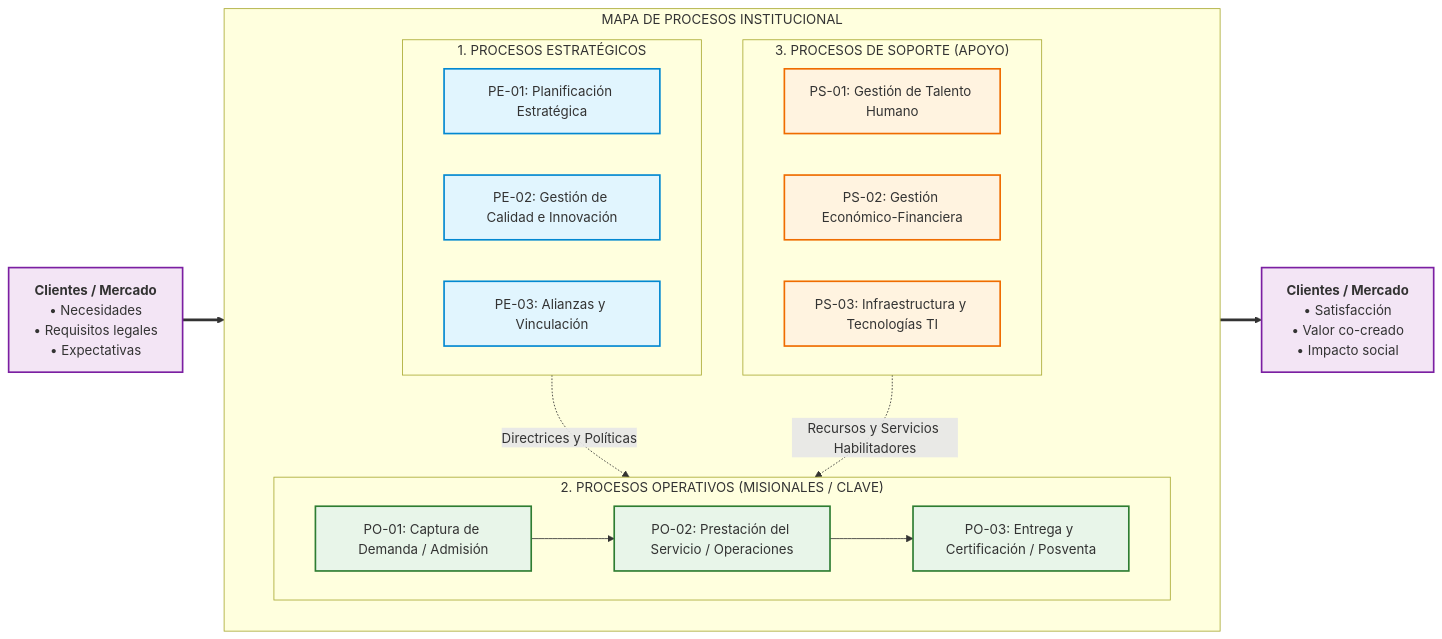
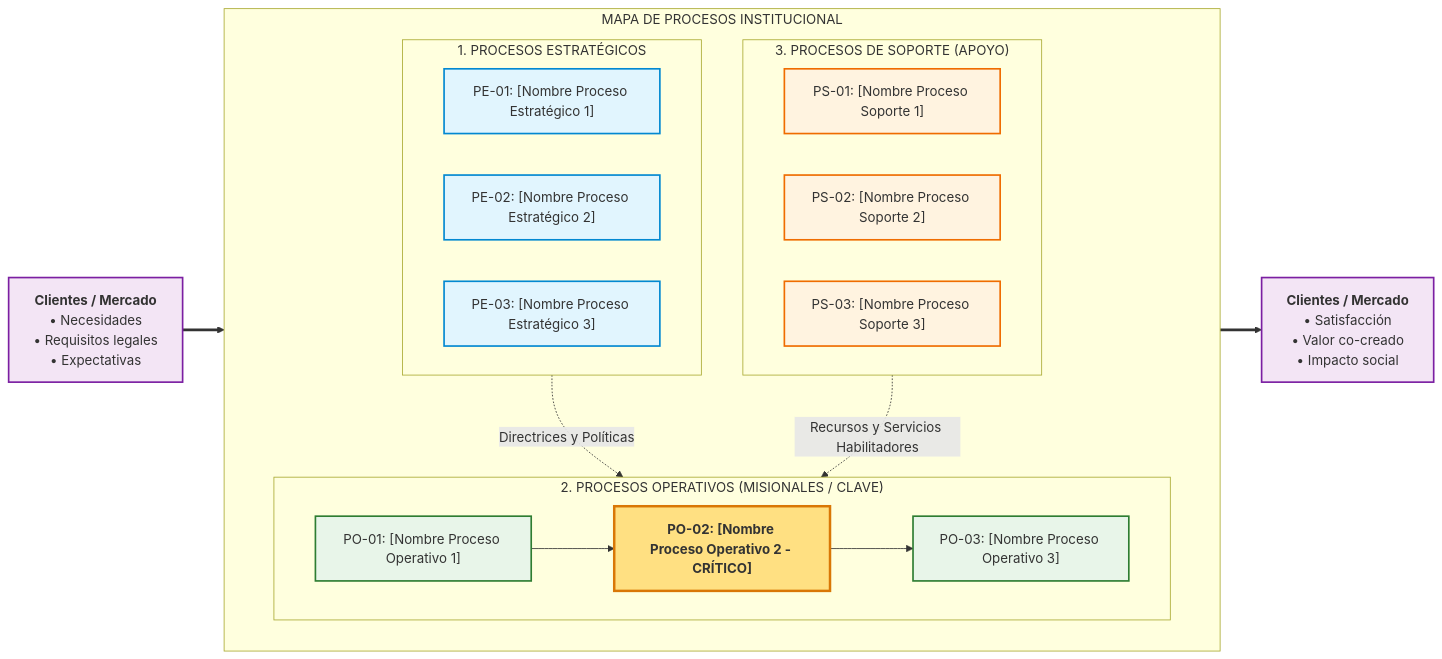
The diagram in processMap/templates/process_map_template.md (MartinG94/skills), drawn with Mermaid before and after one commit. The commit also changed other lines of this file and 17 other files, not shown here.

````diff
--- a/processMap/templates/process_map_template.md
+++ b/processMap/templates/process_map_template.md
@@ -26,51 +27,53 @@
 ```mermaid
 flowchart LR
     %% Clientes y Fronteras del Entorno
     REQ["<b>Clientes / Mercado</b><br/>• Necesidades<br/>• Requisitos legales<br/>• Expectativas"]
     SAT["<b>Clientes / Mercado</b><br/>• Satisfacción<br/>• Valor co-creado<br/>• Impacto social"]
 
     subgraph MAPA["MAPA DE PROCESOS INSTITUCIONAL"]
         direction TB
 
         subgraph ESTRATEGICOS["1. PROCESOS ESTRATÉGICOS"]
             direction LR
-            PE01["PE-01: Planificación Estratégica"]
-            PE02["PE-02: Gestión de Calidad e Innovación"]
-            PE03["PE-03: Alianzas y Vinculación"]
+            PE01["PE-01: [Nombre Proceso Estratégico 1]"]
+            PE02["PE-02: [Nombre Proceso Estratégico 2]"]
+            PE03["PE-03: [Nombre Proceso Estratégico 3]"]
         end
 
         subgraph OPERATIVOS["2. PROCESOS OPERATIVOS (MISIONALES / CLAVE)"]
             direction LR
-            PO01["PO-01: Captura de Demanda / Admisión"]
-            PO02["PO-02: Prestación del Servicio / Operaciones"]
-            PO03["PO-03: Entrega y Certificación / Posventa"]
+            PO01["PO-01: [Nombre Proceso Operativo 1]"]
+            PO02["PO-02: [Nombre Proceso Operativo 2 - CRÍTICO]"]
+            PO03["PO-03: [Nombre Proceso Operativo 3]"]
         end
 
         subgraph SOPORTE["3. PROCESOS DE SOPORTE (APOYO)"]
             direction LR
-            PS01["PS-01: Gestión de Talento Humano"]
-            PS02["PS-02: Gestión Económico-Financiera"]
-            PS03["PS-03: Infraestructura y Tecnologías TI"]
+            PS01["PS-01: [Nombre Proceso Soporte 1]"]
+            PS02["PS-02: [Nombre Proceso Soporte 2]"]
+            PS03["PS-03: [Nombre Proceso Soporte 3]"]
         end
     end
 
     %% Relaciones de Flujo de Valor y Control
     REQ ==> PO01
     PO01 --> PO02
     PO02 --> PO03
     PO03 ==> SAT
 
     ESTRATEGICOS -. Directrices y Políticas .-> OPERATIVOS
     SOPORTE -. Recursos y Servicios Habilitadores .-> OPERATIVOS
 
     %% Estilos de Nivel
     classDef est fill:#e1f5fe,stroke:#0288d1,stroke-width:2px;
     classDef ope fill:#e8f5e9,stroke:#2e7d32,stroke-width:2px;
     classDef sop fill:#fff3e0,stroke:#ef6c00,stroke-width:2px;
     classDef cli fill:#f3e5f5,stroke:#7b1fa2,stroke-width:2px;
+    classDef critico fill:#ffe082,stroke:#d97706,stroke-width:3px,font-weight:bold;
 
     class PE01,PE02,PE03 est;
-    class PO01,PO02,PO03 ope;
+    class PO01,PO03 ope;
+    class PO02 critico;
     class PS01,PS02,PS03 sop;
     class REQ,SAT cli;
 ```
````
